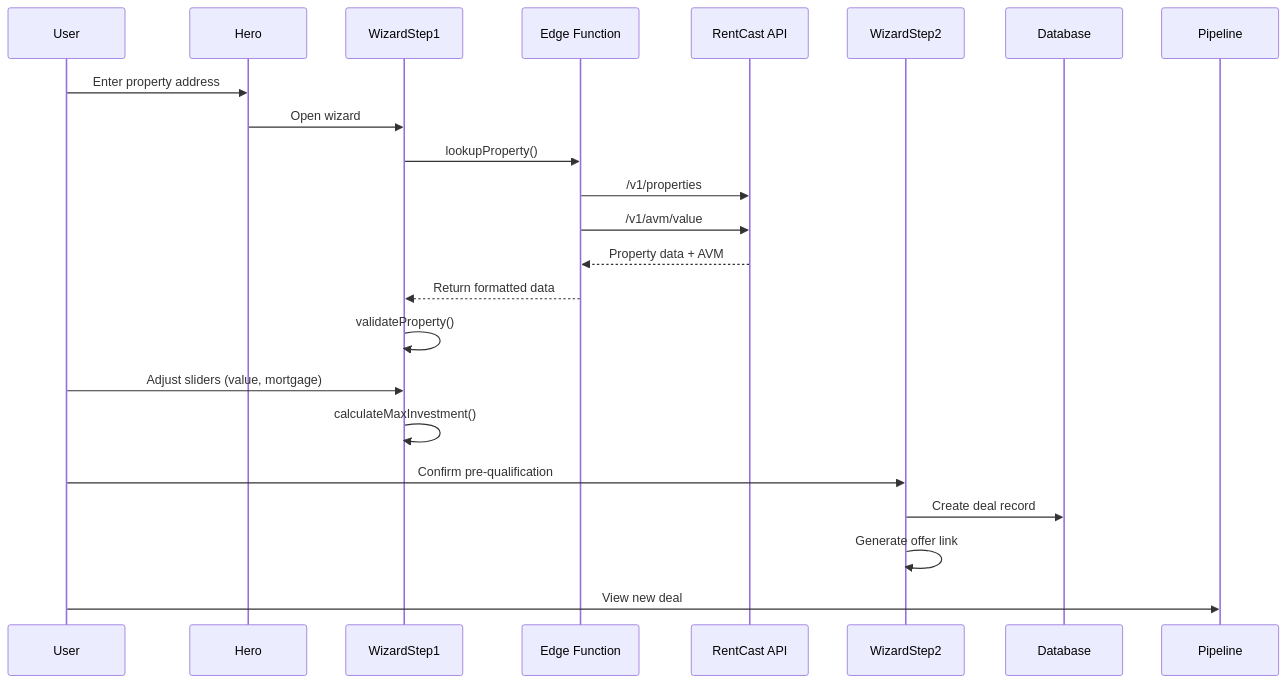
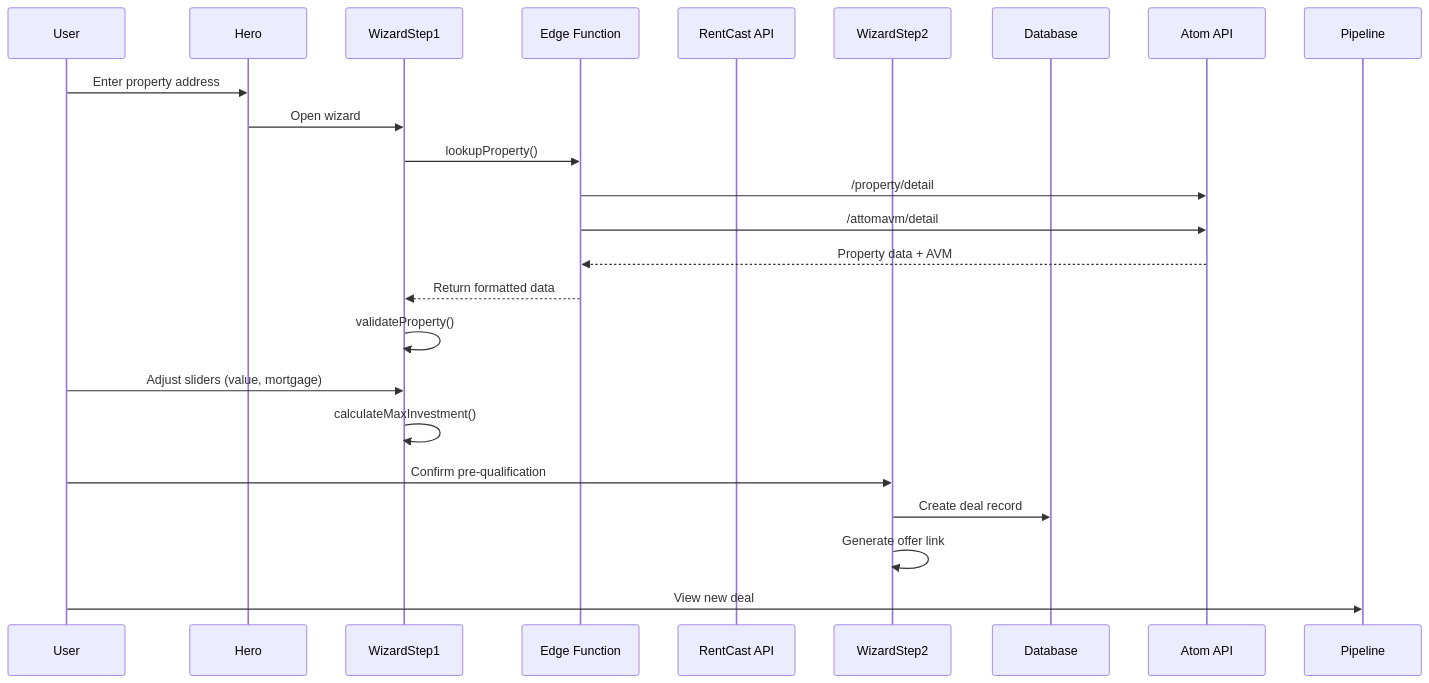
Before and after one commit to MaxRigler/ag_broker_portal: the second of 3 diagrams in project_map.md, drawn with Mermaid. The commit also changed other lines of this file and 7 other files, not shown here.

Commit message:
feat: replace Rentcast API with Atom API

````diff
--- a/project_map.md
+++ b/project_map.md
@@ -229,25 +229,25 @@
 ```mermaid
 sequenceDiagram
     participant User
     participant Hero
     participant WizardStep1
     participant Edge Function
     participant RentCast API
     participant WizardStep2
     participant Database
 
     User->>Hero: Enter property address
     Hero->>WizardStep1: Open wizard
     WizardStep1->>Edge Function: lookupProperty()
-    Edge Function->>RentCast API: /v1/properties
-    Edge Function->>RentCast API: /v1/avm/value
-    RentCast API-->>Edge Function: Property data + AVM
+    Edge Function->>Atom API: /property/detail
+    Edge Function->>Atom API: /attomavm/detail
+    Atom API-->>Edge Function: Property data + AVM
     Edge Function-->>WizardStep1: Return formatted data
     WizardStep1->>WizardStep1: validateProperty()
     User->>WizardStep1: Adjust sliders (value, mortgage)
     WizardStep1->>WizardStep1: calculateMaxInvestment()
     User->>WizardStep2: Confirm pre-qualification
     WizardStep2->>Database: Create deal record
     WizardStep2->>WizardStep2: Generate offer link
     User->>Pipeline: View new deal
 ```
````
